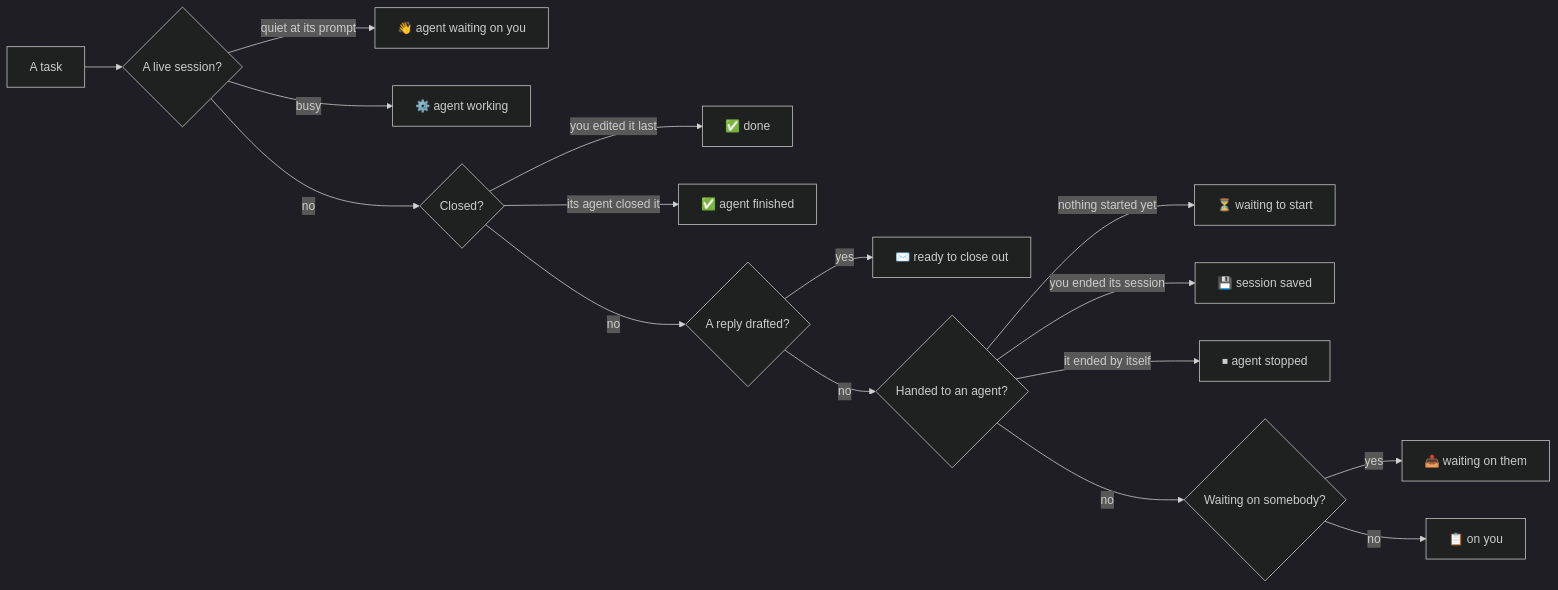
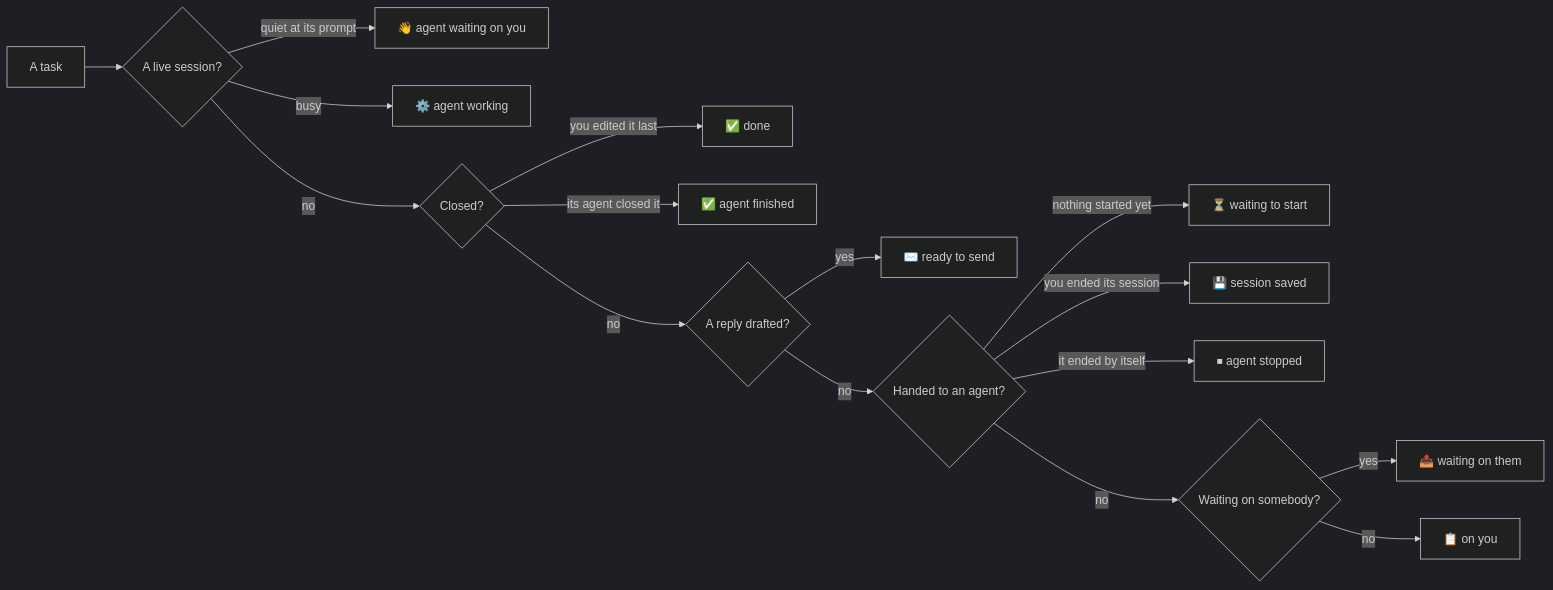
One commit to ldbumble/taskuary changed the diagram in docs/tasks-and-board.md. Above: the diagram before and after it, drawn with Mermaid (dark theme). The commit also changed other lines of this file and 31 other files, not shown here.

First line of the commit message:
Hand it to a person forwards and nothing else, and the lane that holds a draft for your yes reads "ready to send"

````diff
--- a/docs/tasks-and-board.md
+++ b/docs/tasks-and-board.md
@@ -8,18 +8,18 @@
 ```mermaid
 flowchart LR
   T["A task"] --> L{"A live session?"}
   L -->|quiet at its prompt| B["👋 agent waiting on you"]
   L -->|busy| W["⚙️ agent working"]
   L -->|no| C{"Closed?"}
   C -->|you edited it last| D["✅ done"]
   C -->|its agent closed it| F["✅ agent finished"]
   C -->|no| R{"A reply drafted?"}
-  R -->|yes| A["✉️ ready to close out"]
+  R -->|yes| A["✉️ ready to send"]
   R -->|no| Q{"Handed to an agent?"}
   Q -->|nothing started yet| Z["⏳ waiting to start"]
   Q -->|you ended its session| S["💾 session saved"]
   Q -->|it ended by itself| X["⏹ agent stopped"]
   Q -->|no| O{"Waiting on somebody?"}
   O -->|yes| TH["📤 waiting on them"]
   O -->|no| Y["📋 on you"]
 ```
````
